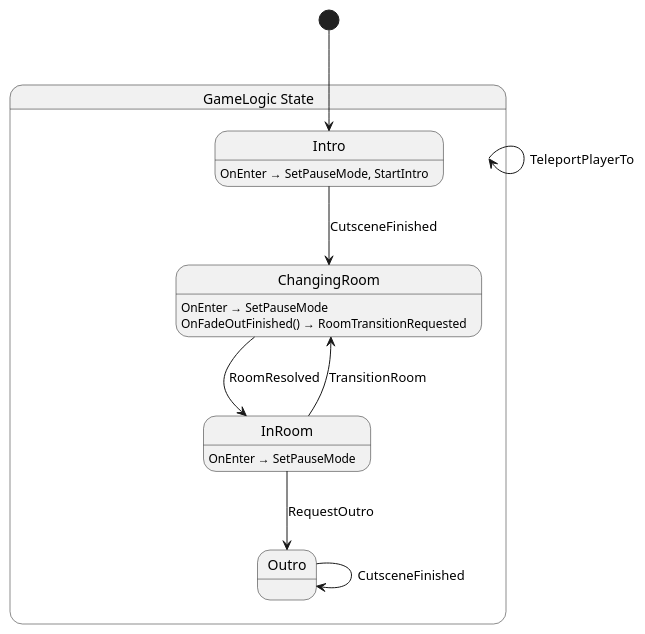
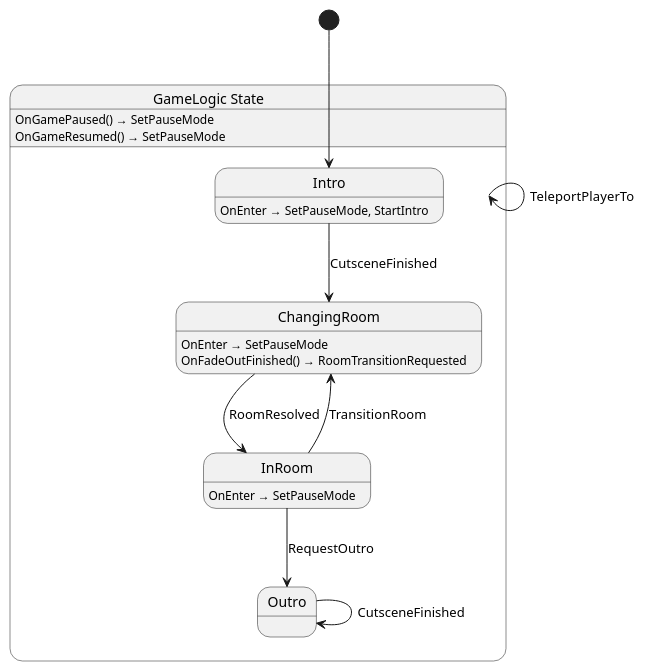
One commit to nilsiker/godot-wild-jam-77 changed the diagram in src/game/state/GameLogic.g.puml. Above: the diagram before and after it, drawn with PlantUML. The commit also changed 32 other files, not shown here.

```diff
--- a/src/game/state/GameLogic.g.puml
+++ b/src/game/state/GameLogic.g.puml
@@ -1,22 +1,24 @@
 @startuml GameLogic
 state "GameLogic State" as Nevergreen_GameLogic_State {
   state "ChangingRoom" as Nevergreen_GameLogic_State_ChangingRoom
   state "InRoom" as Nevergreen_GameLogic_State_InRoom
   state "Intro" as Nevergreen_GameLogic_State_Intro
   state "Outro" as Nevergreen_GameLogic_State_Outro
 }
 
 Nevergreen_GameLogic_State --> Nevergreen_GameLogic_State : TeleportPlayerTo
 Nevergreen_GameLogic_State_ChangingRoom --> Nevergreen_GameLogic_State_InRoom : RoomResolved
 Nevergreen_GameLogic_State_InRoom --> Nevergreen_GameLogic_State_ChangingRoom : TransitionRoom
 Nevergreen_GameLogic_State_InRoom --> Nevergreen_GameLogic_State_Outro : RequestOutro
 Nevergreen_GameLogic_State_Intro --> Nevergreen_GameLogic_State_ChangingRoom : CutsceneFinished
 Nevergreen_GameLogic_State_Outro --> Nevergreen_GameLogic_State_Outro : CutsceneFinished
 
+Nevergreen_GameLogic_State : OnGamePaused() → SetPauseMode
+Nevergreen_GameLogic_State : OnGameResumed() → SetPauseMode
 Nevergreen_GameLogic_State_ChangingRoom : OnEnter → SetPauseMode
 Nevergreen_GameLogic_State_ChangingRoom : OnFadeOutFinished() → RoomTransitionRequested
 Nevergreen_GameLogic_State_InRoom : OnEnter → SetPauseMode
 Nevergreen_GameLogic_State_Intro : OnEnter → SetPauseMode, StartIntro
 
 [*] --> Nevergreen_GameLogic_State_Intro
 @enduml
```
